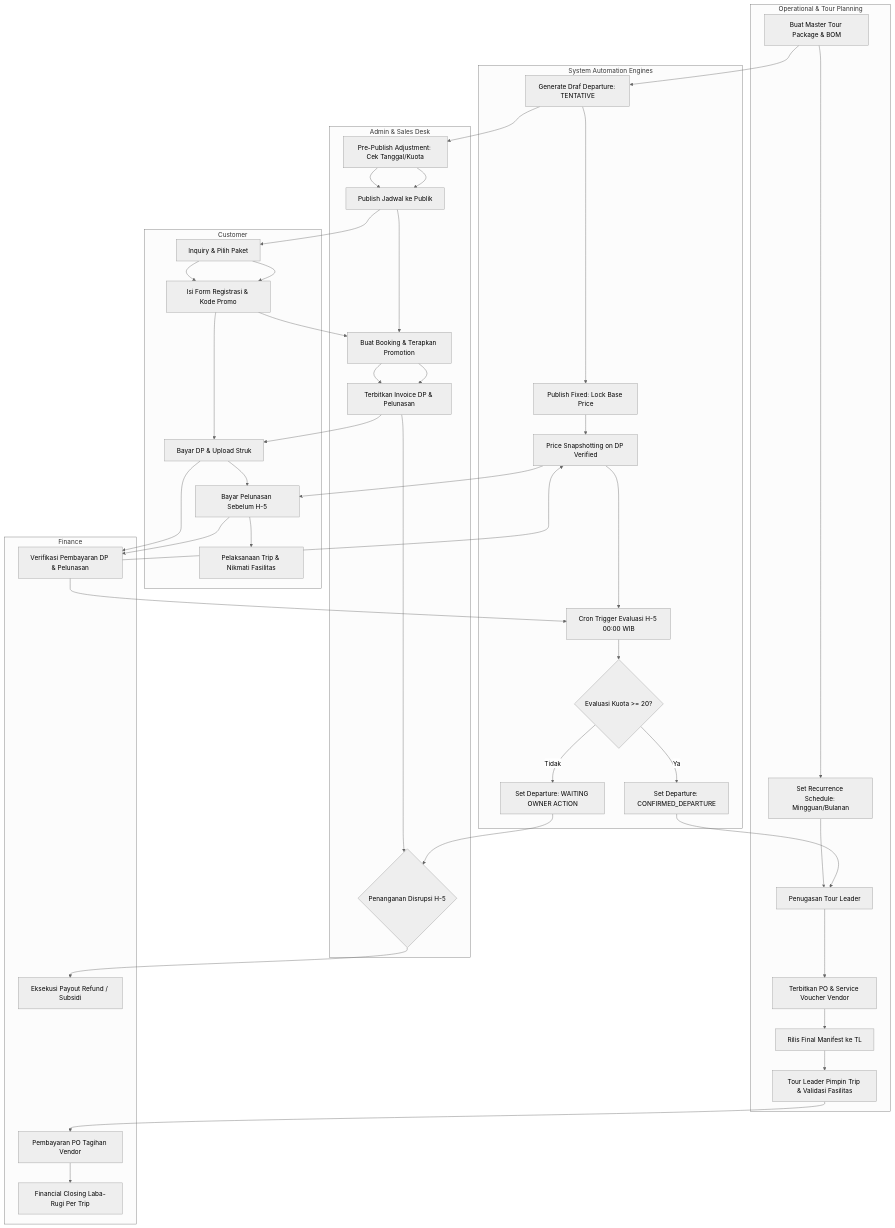
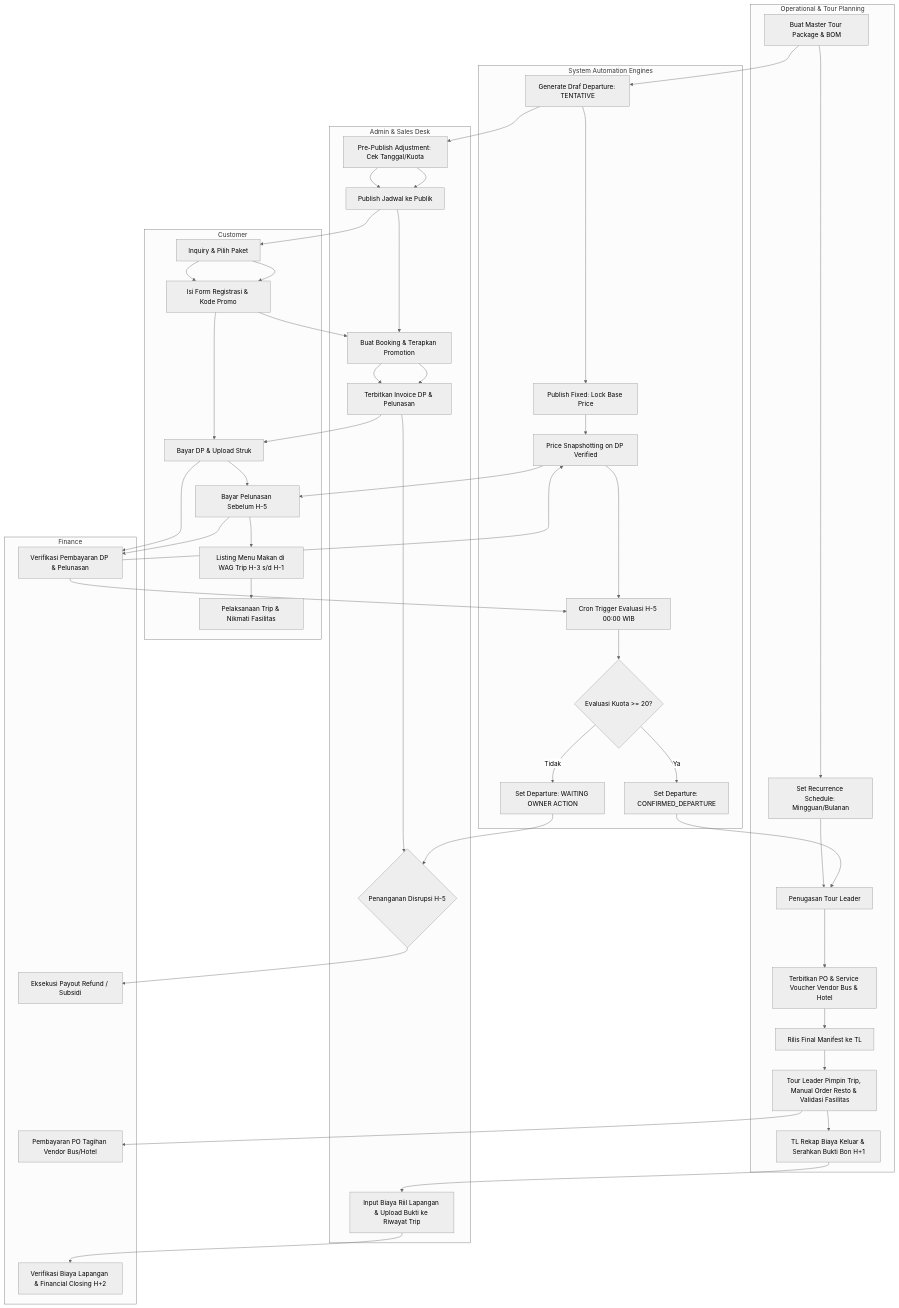
Before and after one commit to mfauzanfikri/tms-docs: the third of 3 diagrams in product/02_BRD.md, drawn with Mermaid (neutral theme). The commit also changed other lines of this file and 4 other files, not shown here.

````diff
--- a/product/02_BRD.md
+++ b/product/02_BRD.md
@@ -284,47 +295,52 @@
 ```mermaid
 flowchart TD
     subgraph Operational["Operational & Tour Planning"]
         O1[Buat Master Tour Package & BOM] --> O2[Set Recurrence Schedule: Mingguan/Bulanan]
         O2 --> O3[Penugasan Tour Leader]
-        O3 --> O4[Terbitkan PO & Service Voucher Vendor]
+        O3 --> O4[Terbitkan PO & Service Voucher Vendor Bus & Hotel]
         O4 --> O5[Rilis Final Manifest ke TL]
-        O5 --> O6[Tour Leader Pimpin Trip & Validasi Fasilitas]
+        O5 --> O6[Tour Leader Pimpin Trip, Manual Order Resto & Validasi Fasilitas]
+        O6 --> O7[TL Rekap Biaya Keluar & Serahkan Bukti Bon H+1]
     end
 
     subgraph System["System Automation Engines"]
         S1[Generate Draf Departure: TENTATIVE] --> S2[Publish Fixed: Lock Base Price]
         S2 --> S3[Price Snapshotting on DP Verified]
         S3 --> S4[Cron Trigger Evaluasi H-5 00:00 WIB]
         S4 --> S5{Evaluasi Kuota >= 20?}
         S5 -->|Ya| S6[Set Departure: CONFIRMED_DEPARTURE]
         S5 -->|Tidak| S7[Set Departure: WAITING OWNER ACTION]
     end
 
     subgraph Sales["Admin & Sales Desk"]
         A1[Pre-Publish Adjustment: Cek Tanggal/Kuota] --> A2[Publish Jadwal ke Publik]
         A2 --> A3[Buat Booking & Terapkan Promotion]
         A3 --> A4[Terbitkan Invoice DP & Pelunasan]
         A4 --> A5{Penanganan Disrupsi H-5}
+        A6[Input Biaya Riil Lapangan & Upload Bukti ke Riwayat Trip]
     end
 
     subgraph Customer["Customer"]
         C1[Inquiry & Pilih Paket] --> C2[Isi Form Registrasi & Kode Promo]
         C2 --> C3[Bayar DP & Upload Struk]
         C3 --> C4[Bayar Pelunasan Sebelum H-5]
-        C4 --> C5[Pelaksanaan Trip & Nikmati Fasilitas]
+        C4 --> C5[Listing Menu Makan di WAG Trip H-3 s/d H-1]
+        C5 --> C6[Pelaksanaan Trip & Nikmati Fasilitas]
     end
 
     subgraph Finance["Finance"]
         F1[Verifikasi Pembayaran DP & Pelunasan]
-        F2[Pembayaran PO Tagihan Vendor]
+        F2[Pembayaran PO Tagihan Vendor Bus/Hotel]
         F3[Eksekusi Payout Refund / Subsidi]
-        F4[Financial Closing Laba-Rugi Per Trip]
+        F4[Verifikasi Biaya Lapangan & Financial Closing H+2]
     end
 
     O1 --> S1 --> A1 --> A2 --> C1 --> C2 --> A3 --> A4 --> C3 --> F1 --> S3
     S3 --> C4 --> F1 --> S4
     S6[Set Departure: CONFIRMED_DEPARTURE] --> O3
     S7 --> A5
     A5 --> F3
-    O6 --> F2 --> F4
+    O6 --> F2
+    O7 --> A6
+    A6 --> F4
 ```
````
